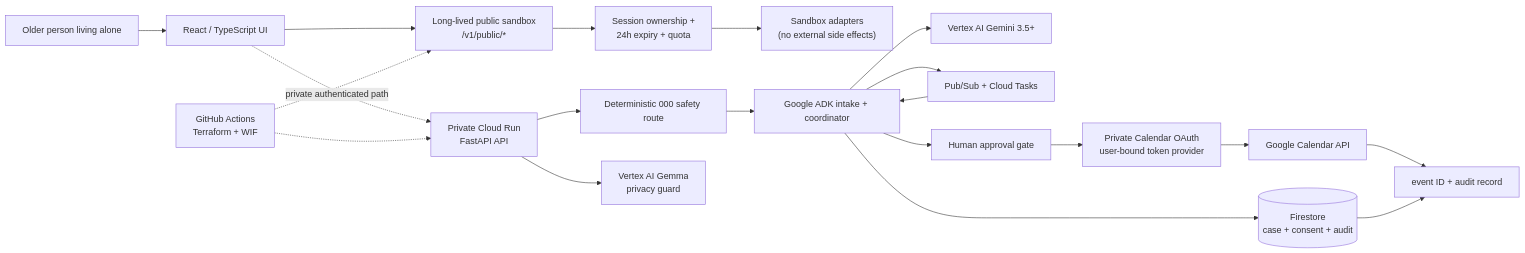
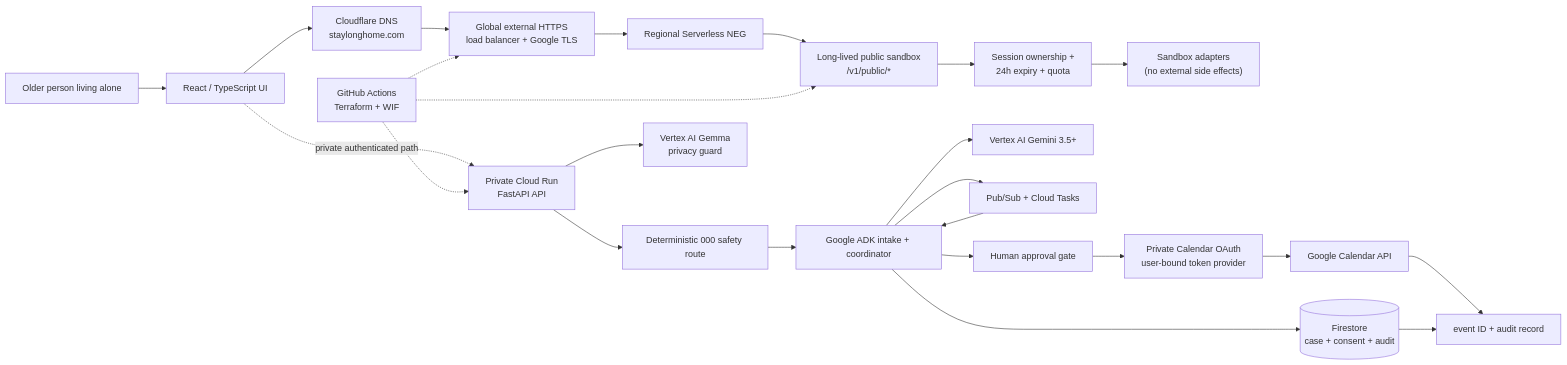
The diagram in docs/architecture.mmd (sailing-together/StayLong), drawn with Mermaid before and after one commit. The commit also changed 1 other file, not shown here.

Commit message:
docs: align architecture with public edge

```diff
--- a/docs/architecture.mmd
+++ b/docs/architecture.mmd
@@ -1,22 +1,26 @@
 flowchart LR
   U["Older person living alone"] --> UI["React / TypeScript UI"]
-  UI --> PUB["Long-lived public sandbox\n/v1/public/*"]
+  UI --> DNS["Cloudflare DNS\nstaylonghome.com"]
+  DNS --> EDGE["Global external HTTPS\nload balancer + Google TLS"]
+  EDGE --> NEG["Regional Serverless NEG"]
+  NEG --> PUB["Long-lived public sandbox\n/v1/public/*"]
   PUB --> SBOX["Session ownership +\n24h expiry + quota"]
   SBOX --> DEMO["Sandbox adapters\n(no external side effects)"]
 
   UI -. private authenticated path .-> API["Private Cloud Run\nFastAPI API"]
   API --> SAFE["Deterministic 000 safety route"]
   SAFE --> ADK["Google ADK intake + coordinator"]
   ADK --> GEMINI["Vertex AI Gemini 3.5+"]
   API --> GEMMA["Vertex AI Gemma\nprivacy guard"]
   ADK --> FS[("Firestore\ncase + consent + audit")]
   ADK --> EVENTS["Pub/Sub + Cloud Tasks"]
   EVENTS --> ADK
   ADK --> APPROVAL["Human approval gate"]
   APPROVAL --> OAUTH["Private Calendar OAuth\nuser-bound token provider"]
   OAUTH --> CAL["Google Calendar API"]
   CAL --> AUDIT["event ID + audit record"]
   FS --> AUDIT
 
-  GHA["GitHub Actions\nTerraform + WIF"] -.-> PUB
+  GHA["GitHub Actions\nTerraform + WIF"] -.-> EDGE
+  GHA -.-> PUB
   GHA -.-> API
```
